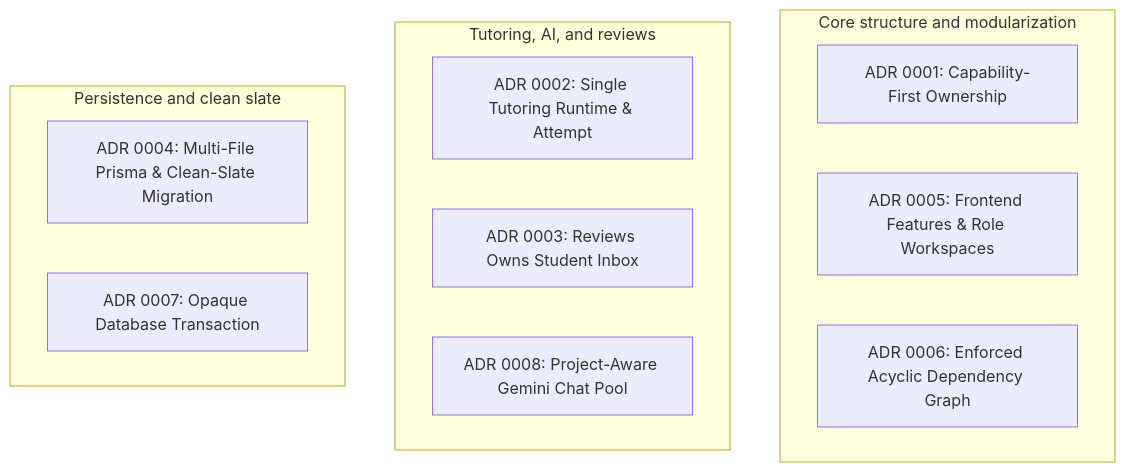
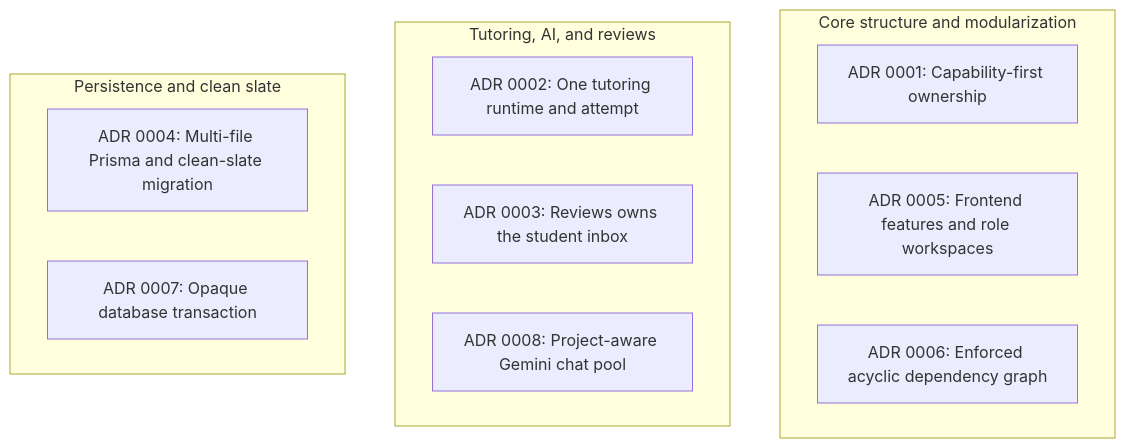
The first of 3 diagrams in docs/developer-guide/03-architecture-and-boundaries.md (MahmoudAhmed184/Morshid), drawn with Mermaid before and after one commit. The commit also changed other lines of this file and 17 other files, not shown here.

````diff
--- a/docs/developer-guide/03-architecture-and-boundaries.md
+++ b/docs/developer-guide/03-architecture-and-boundaries.md
@@ -11,19 +11,19 @@
 ```mermaid
 graph TD
     subgraph CoreStructure["Core structure and modularization"]
-        ADR1["ADR 0001: Capability-First Ownership"]
-        ADR5["ADR 0005: Frontend Features & Role Workspaces"]
-        ADR6["ADR 0006: Enforced Acyclic Dependency Graph"]
+        ADR1["ADR 0001: Capability-first ownership"]
+        ADR5["ADR 0005: Frontend features and role workspaces"]
+        ADR6["ADR 0006: Enforced acyclic dependency graph"]
     end
 
     subgraph TutoringAndReviews["Tutoring, AI, and reviews"]
-        ADR2["ADR 0002: Single Tutoring Runtime & Attempt"]
-        ADR3["ADR 0003: Reviews Owns Student Inbox"]
-        ADR8["ADR 0008: Project-Aware Gemini Chat Pool"]
+        ADR2["ADR 0002: One tutoring runtime and attempt"]
+        ADR3["ADR 0003: Reviews owns the student inbox"]
+        ADR8["ADR 0008: Project-aware Gemini chat pool"]
     end
 
     subgraph DataAndTransactions["Persistence and clean slate"]
-        ADR4["ADR 0004: Multi-File Prisma & Clean-Slate Migration"]
-        ADR7["ADR 0007: Opaque Database Transaction"]
+        ADR4["ADR 0004: Multi-file Prisma and clean-slate migration"]
+        ADR7["ADR 0007: Opaque database transaction"]
     end
 ```
````
